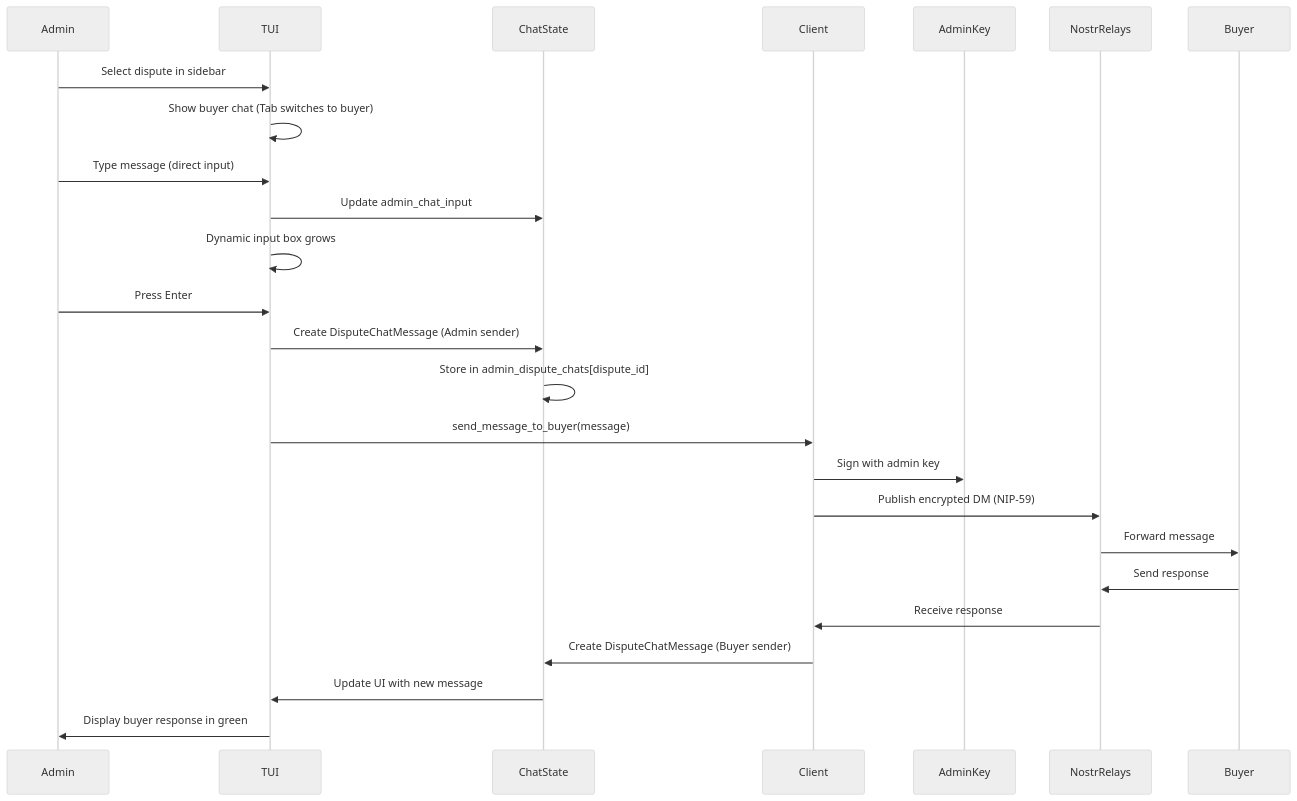
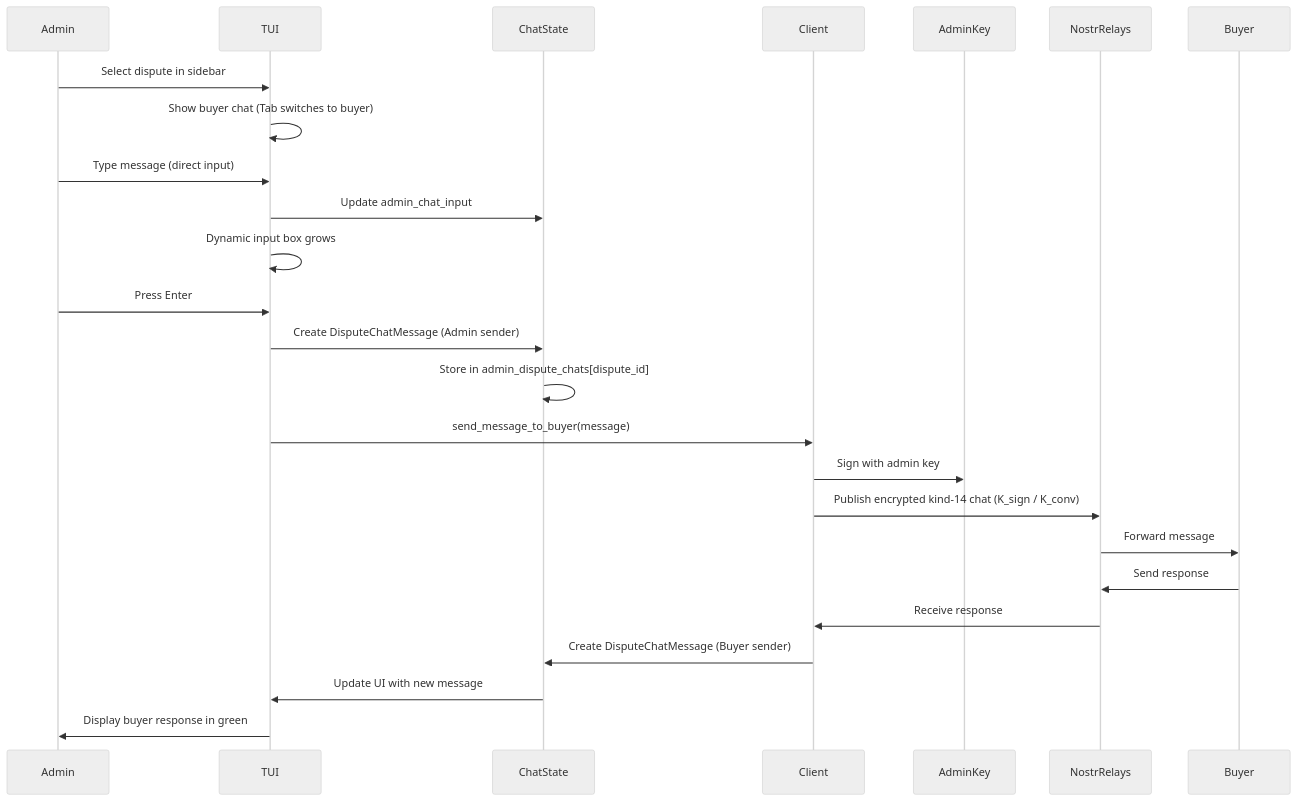
One commit to MostroP2P/mostrix changed the fourth of 5 diagrams in docs/ADMIN_DISPUTES.md. Above: the diagram before and after it, drawn with Mermaid (neutral theme). The commit also changed other lines of this file and 13 other files, not shown here.

````diff
--- a/docs/ADMIN_DISPUTES.md
+++ b/docs/ADMIN_DISPUTES.md
@@ -544,28 +543,28 @@
 ```mermaid
 sequenceDiagram
     participant Admin
     participant TUI
     participant ChatState
     participant Client
     participant AdminKey
     participant NostrRelays
     participant Buyer
 
     Admin->>TUI: Select dispute in sidebar
     TUI->>TUI: Show buyer chat (Tab switches to buyer)
     Admin->>TUI: Type message (direct input)
     TUI->>ChatState: Update admin_chat_input
     TUI->>TUI: Dynamic input box grows
     Admin->>TUI: Press Enter
     TUI->>ChatState: Create DisputeChatMessage (Admin sender)
     ChatState->>ChatState: Store in admin_dispute_chats[dispute_id]
     TUI->>Client: send_message_to_buyer(message)
     Client->>AdminKey: Sign with admin key
-    Client->>NostrRelays: Publish encrypted DM (NIP-59)
+    Client->>NostrRelays: Publish encrypted kind-14 chat (K_sign / K_conv)
     NostrRelays->>Buyer: Forward message
     Buyer->>NostrRelays: Send response
     NostrRelays->>Client: Receive response
     Client->>ChatState: Create DisputeChatMessage (Buyer sender)
     ChatState->>TUI: Update UI with new message
     TUI->>Admin: Display buyer response in green
 ```
````
